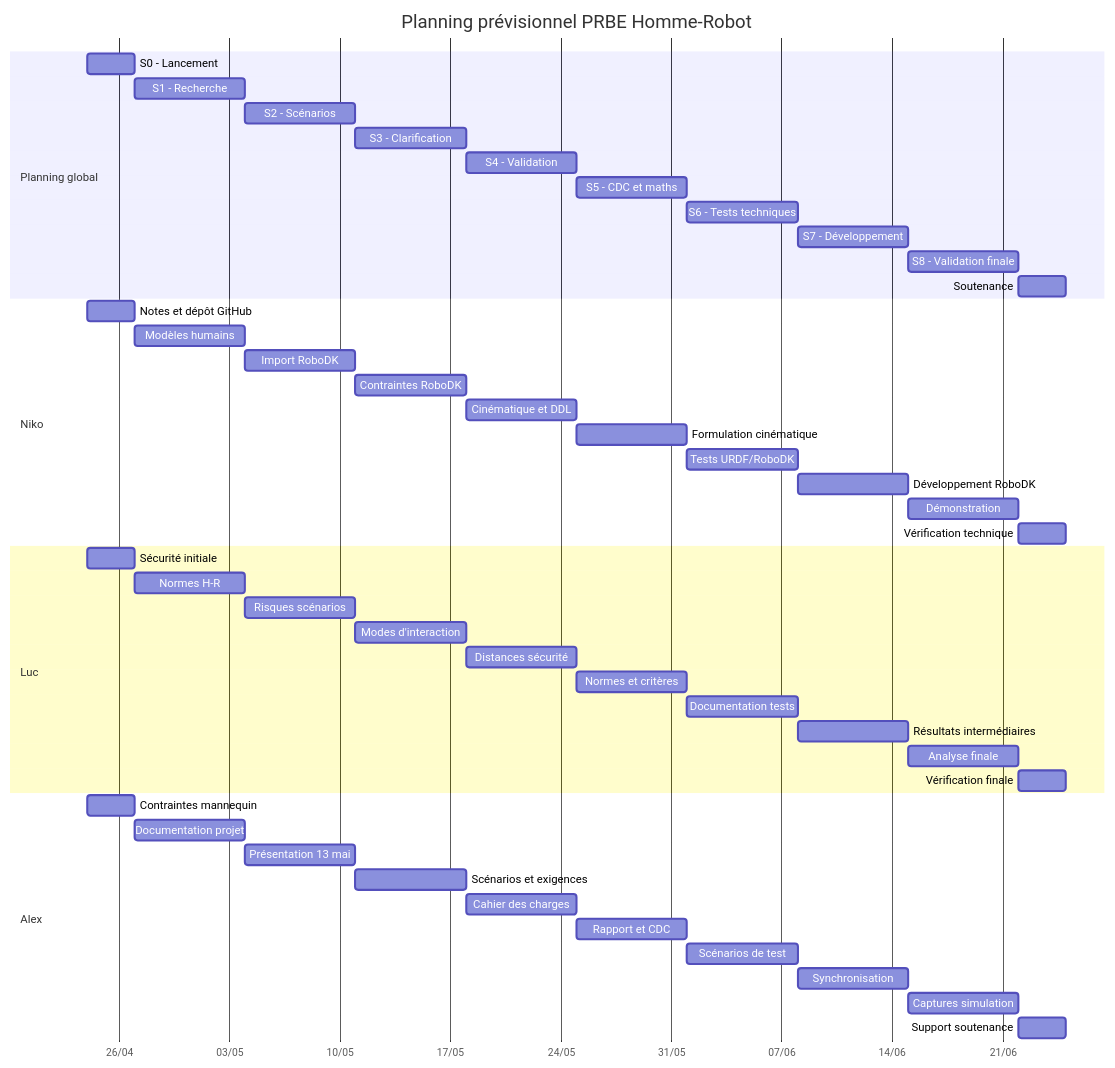
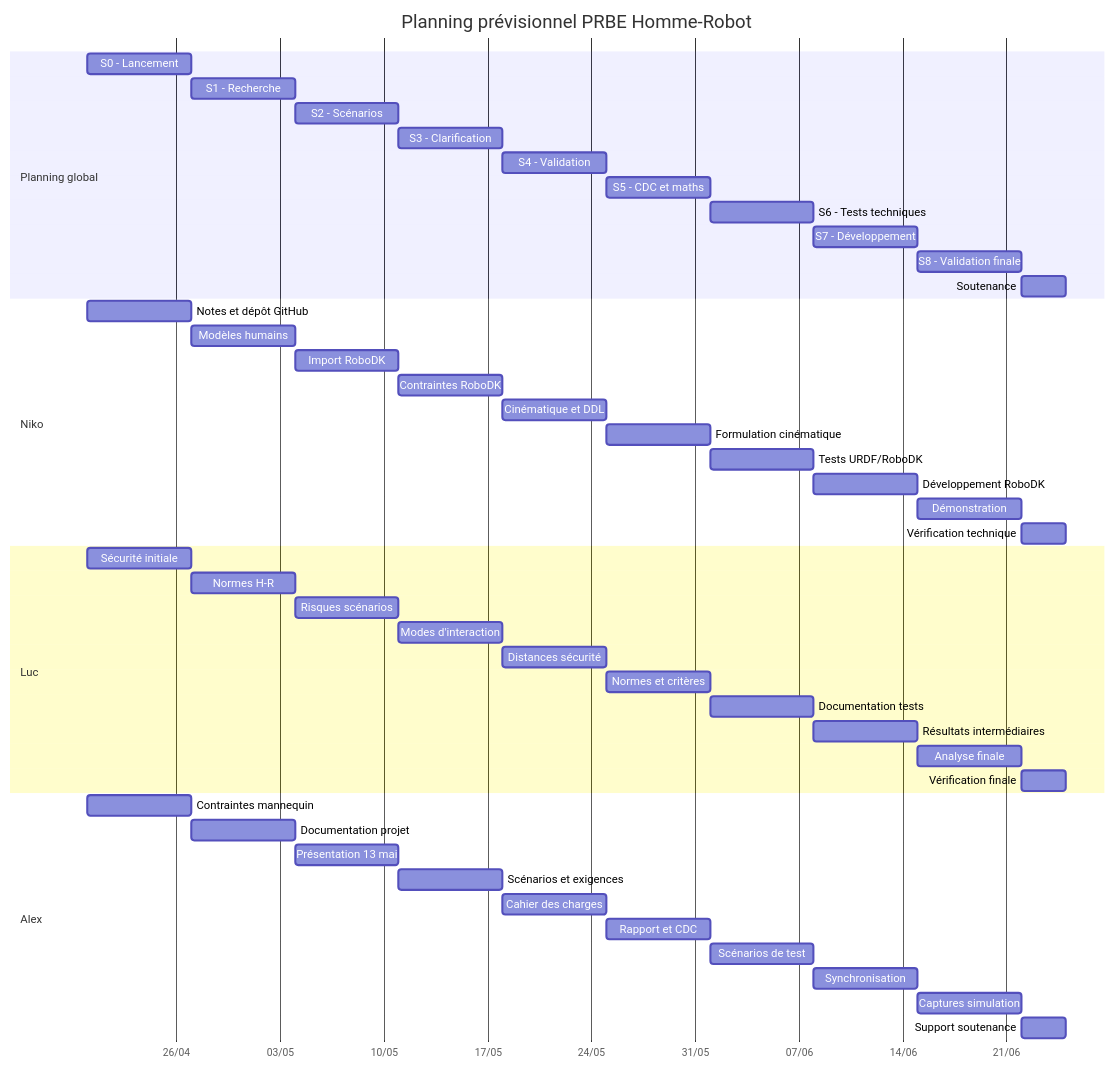
The diagram in docs/cahier-des-charges.md (ProjectInitNiko/PRBE-Homme-Robot), drawn with Mermaid before and after one commit. The commit also changed other lines of this file, not shown here.

````diff
--- a/docs/cahier-des-charges.md
+++ b/docs/cahier-des-charges.md
@@ -228,54 +229,54 @@
 ```mermaid
 gantt
     title Planning prévisionnel PRBE Homme-Robot
     dateFormat  YYYY-MM-DD
     axisFormat  %d/%m
 
     section Planning global
-    S0 - Lancement                  :s0, 2026-04-24, 3d
+    S0 - Lancement                  :s0, 2026-04-20, 7d
     S1 - Recherche                  :s1, 2026-04-27, 7d
     S2 - Scénarios                  :s2, 2026-05-04, 7d
     S3 - Clarification              :s3, 2026-05-11, 7d
     S4 - Validation                 :s4, 2026-05-18, 7d
     S5 - CDC et maths               :s5, 2026-05-25, 7d
     S6 - Tests techniques           :s6, 2026-06-01, 7d
     S7 - Développement              :s7, 2026-06-08, 7d
     S8 - Validation finale          :s8, 2026-06-15, 7d
     Soutenance                      :final, 2026-06-22, 3d
 
     section Niko
-    Notes et dépôt GitHub           :n0, 2026-04-24, 3d
+    Notes et dépôt GitHub           :n0, 2026-04-20, 7d
     Modèles humains                 :n1, 2026-04-27, 7d
     Import RoboDK                   :n2, 2026-05-04, 7d
     Contraintes RoboDK              :n3, 2026-05-11, 7d
     Cinématique et DDL              :n4, 2026-05-18, 7d
     Formulation cinématique         :n5, 2026-05-25, 7d
     Tests URDF/RoboDK               :n6, 2026-06-01, 7d
     Développement RoboDK            :n7, 2026-06-08, 7d
     Démonstration                   :n8, 2026-06-15, 7d
     Vérification technique          :n9, 2026-06-22, 3d
 
     section Luc
-    Sécurité initiale               :l0, 2026-04-24, 3d
+    Sécurité initiale               :l0, 2026-04-20, 7d
     Normes H-R                      :l1, 2026-04-27, 7d
     Risques scénarios               :l2, 2026-05-04, 7d
     Modes d'interaction             :l3, 2026-05-11, 7d
     Distances sécurité              :l4, 2026-05-18, 7d
     Normes et critères              :l5, 2026-05-25, 7d
     Documentation tests             :l6, 2026-06-01, 7d
     Résultats intermédiaires        :l7, 2026-06-08, 7d
     Analyse finale                  :l8, 2026-06-15, 7d
     Vérification finale             :l9, 2026-06-22, 3d
 
     section Alex
-    Contraintes mannequin           :a0, 2026-04-24, 3d
+    Contraintes mannequin           :a0, 2026-04-20, 7d
     Documentation projet            :a1, 2026-04-27, 7d
     Présentation 13 mai             :a2, 2026-05-04, 7d
     Scénarios et exigences          :a3, 2026-05-11, 7d
     Cahier des charges              :a4, 2026-05-18, 7d
     Rapport et CDC                  :a5, 2026-05-25, 7d
     Scénarios de test               :a6, 2026-06-01, 7d
     Synchronisation                 :a7, 2026-06-08, 7d
     Captures simulation             :a8, 2026-06-15, 7d
     Support soutenance              :a9, 2026-06-22, 3d
 ```
````
